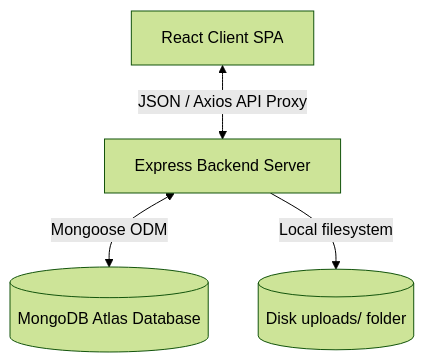
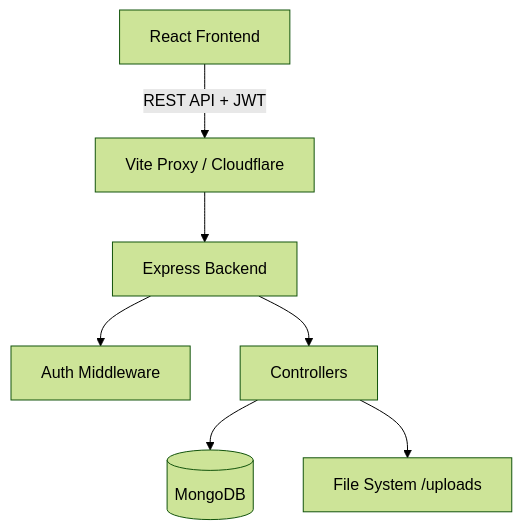
The diagram in ARCHITECTURE.md (netacodes18/CivicPulse), drawn with Mermaid (forest theme) before and after one commit. The commit also changed other lines of this file and 11 other files, not shown here.

````diff
--- a/ARCHITECTURE.md
+++ b/ARCHITECTURE.md
@@ -11,6 +6,9 @@
 ```mermaid
 graph TD
-    Client[React Client SPA] <-->|JSON / Axios API Proxy| Server[Express Backend Server]
-    Server <-->|Mongoose ODM| DB[(MongoDB Atlas Database)]
-    Server -->|Local filesystem| Files[(Disk uploads/ folder)]
+    Client[React Frontend] -->|REST API + JWT| Proxy[Vite Proxy / Cloudflare]
+    Proxy --> Server[Express Backend]
+    Server --> Auth[Auth Middleware]
+    Server --> Controllers[Controllers]
+    Controllers --> DB[(MongoDB)]
+    Controllers --> FS[File System /uploads]
 ```
````
